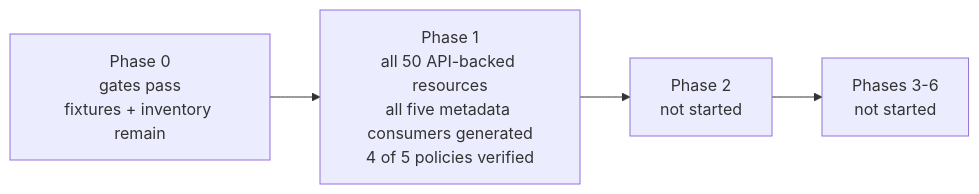
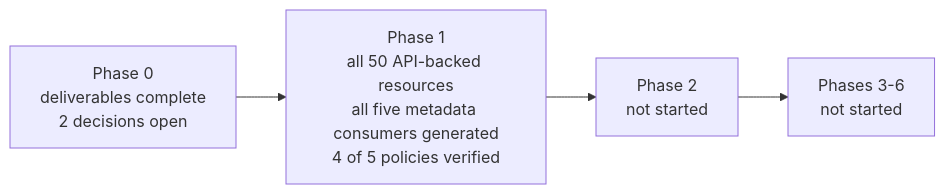
Before and after one commit to BE-Network/terraform-provider-verity: the diagram in status.md, drawn with Mermaid. The commit also changed other lines of this file and 152 other files, not shown here.

Commit message:
test: record golden wire fixtures and inventory resource exceptions

````diff
--- a/status.md
+++ b/status.md
@@ -50,6 +50,6 @@
 ```mermaid
 flowchart LR
-    P0[Phase 0<br/>gates pass<br/>fixtures + inventory remain] --> P1[Phase 1<br/>all 50 API-backed resources<br/>all five metadata consumers generated<br/>4 of 5 policies verified]
+    P0[Phase 0<br/>deliverables complete<br/>2 decisions open] --> P1[Phase 1<br/>all 50 API-backed resources<br/>all five metadata consumers generated<br/>4 of 5 policies verified]
     P1 --> P2[Phase 2<br/>not started]
     P2 --> P3[Phases 3-6<br/>not started]
 ```
````
